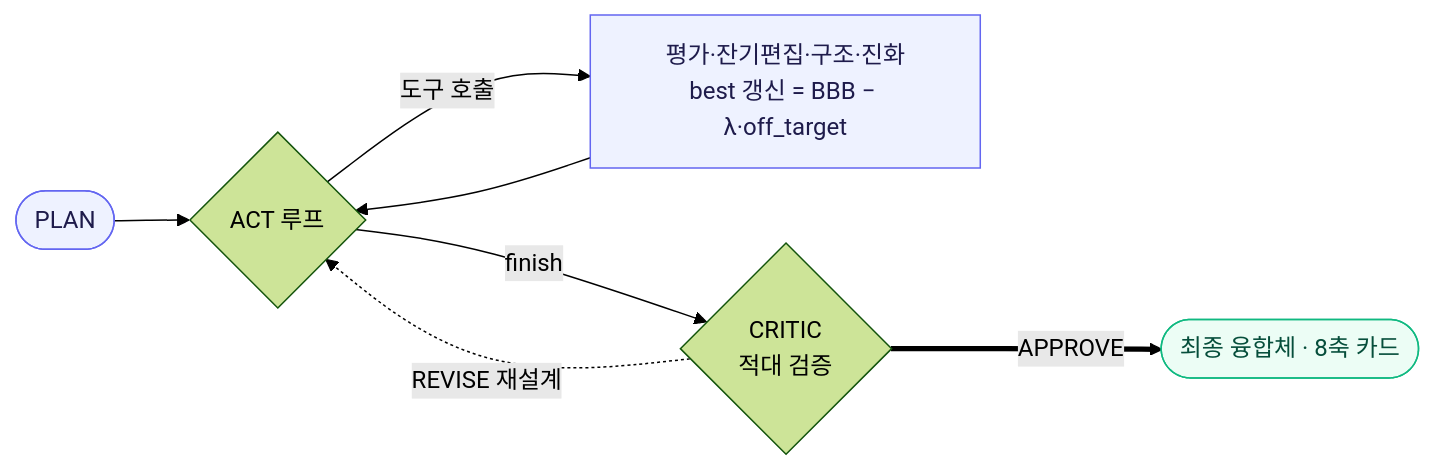
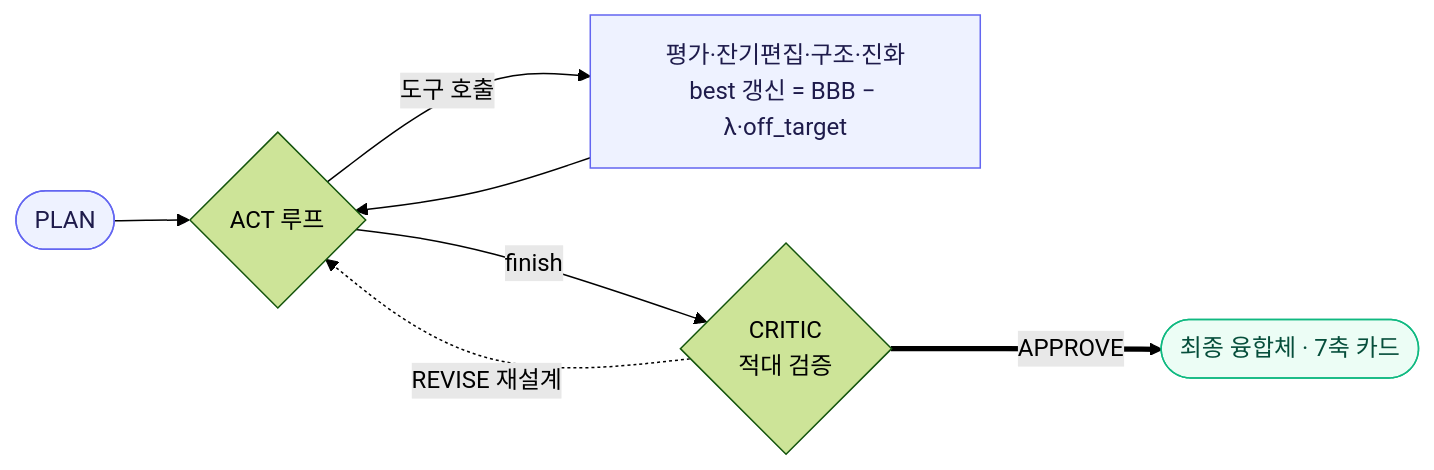
One commit to yunseul6028/BBB-Optimizer changed the second of 2 diagrams in README.md. Above: the diagram before and after it, drawn with Mermaid (forest theme). The commit also changed other lines of this file and 7 other files, not shown here.

````diff
--- a/README.md
+++ b/README.md
@@ -113,13 +113,13 @@
 ```mermaid
 flowchart LR
   P(["PLAN"]) --> L{"ACT 루프"}
   L -->|도구 호출| T["평가·잔기편집·구조·진화<br/>best 갱신 = BBB − λ·off_target"]
   T --> L
   L -->|finish| C{"CRITIC<br/>적대 검증"}
   C -.->|REVISE 재설계| L
-  C ==>|APPROVE| O(["최종 융합체 · 8축 카드"])
+  C ==>|APPROVE| O(["최종 융합체 · 7축 카드"])
   classDef step fill:#eef2ff,stroke:#6366f1,color:#1e1b4b;
   classDef ok fill:#ecfdf5,stroke:#10b981,color:#064e3b;
   class P,T step
   class O ok
 ```
````
